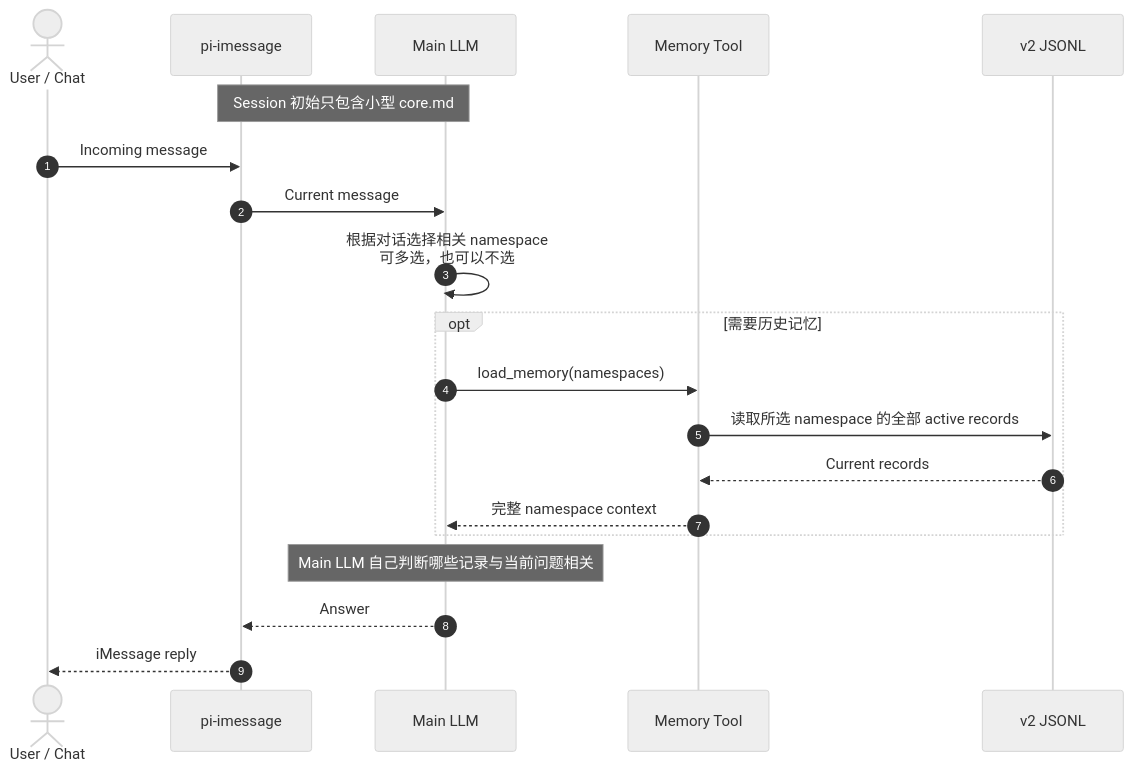
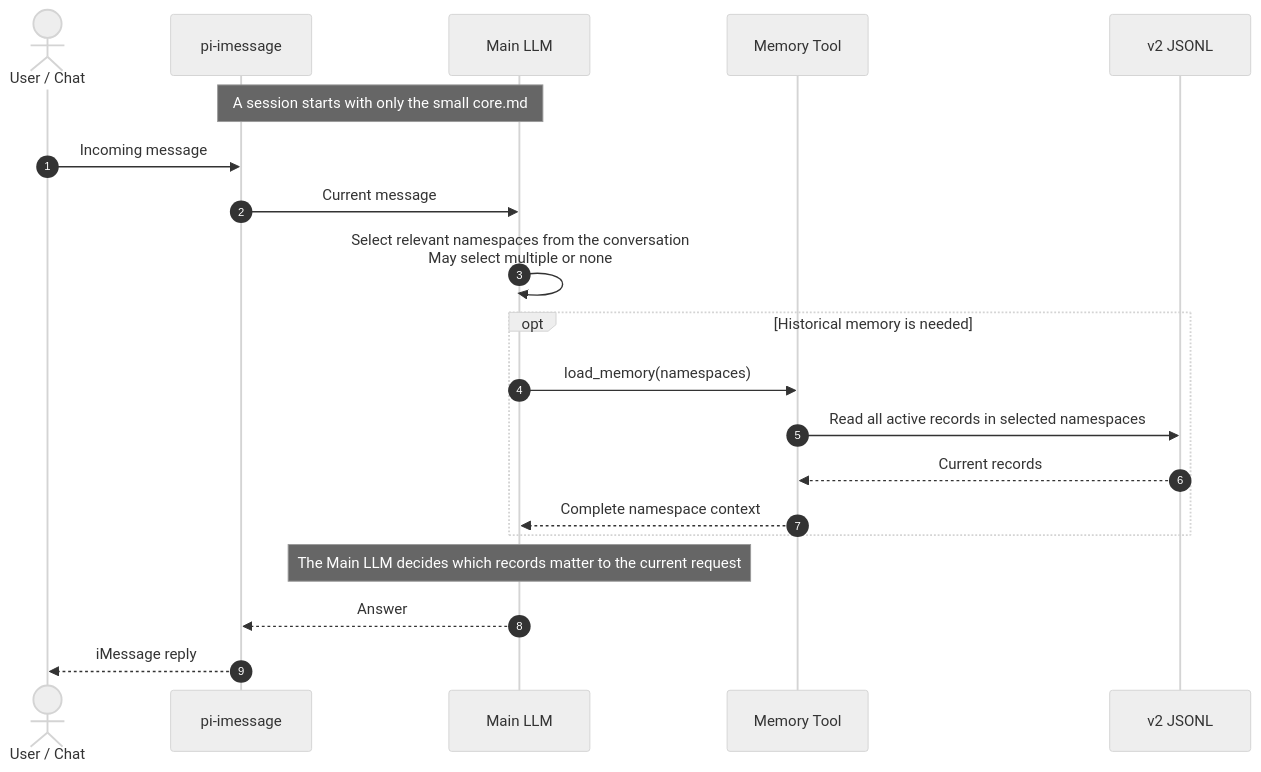
Before and after one commit to daya0576/pi-imessage: the second of 4 diagrams in docs/structured-memory-sequence.md, drawn with Mermaid (neutral theme). The commit also changed other lines of this file, not shown here.

Commit message:
docs: translate memory sequence flow to English

````diff
--- a/docs/structured-memory-sequence.md
+++ b/docs/structured-memory-sequence.md
@@ -48,25 +48,25 @@
 ```mermaid
 sequenceDiagram
     autonumber
     actor U as User / Chat
     participant P as pi-imessage
     participant A as Main LLM
     participant M as Memory Tool
     participant S as v2 JSONL
 
-    Note over P,A: Session 初始只包含小型 core.md
+    Note over P,A: A session starts with only the small core.md
     U->>P: Incoming message
     P->>A: Current message
-    A->>A: 根据对话选择相关 namespace<br/>可多选，也可以不选
+    A->>A: Select relevant namespaces from the conversation<br/>May select multiple or none
 
-    opt 需要历史记忆
+    opt Historical memory is needed
         A->>M: load_memory(namespaces)
-        M->>S: 读取所选 namespace 的全部 active records
+        M->>S: Read all active records in selected namespaces
         S-->>M: Current records
-        M-->>A: 完整 namespace context
+        M-->>A: Complete namespace context
     end
 
-    Note over A: Main LLM 自己判断哪些记录与当前问题相关
+    Note over A: The Main LLM decides which records matter to the current request
     A-->>P: Answer
     P-->>U: iMessage reply
 ```
````
